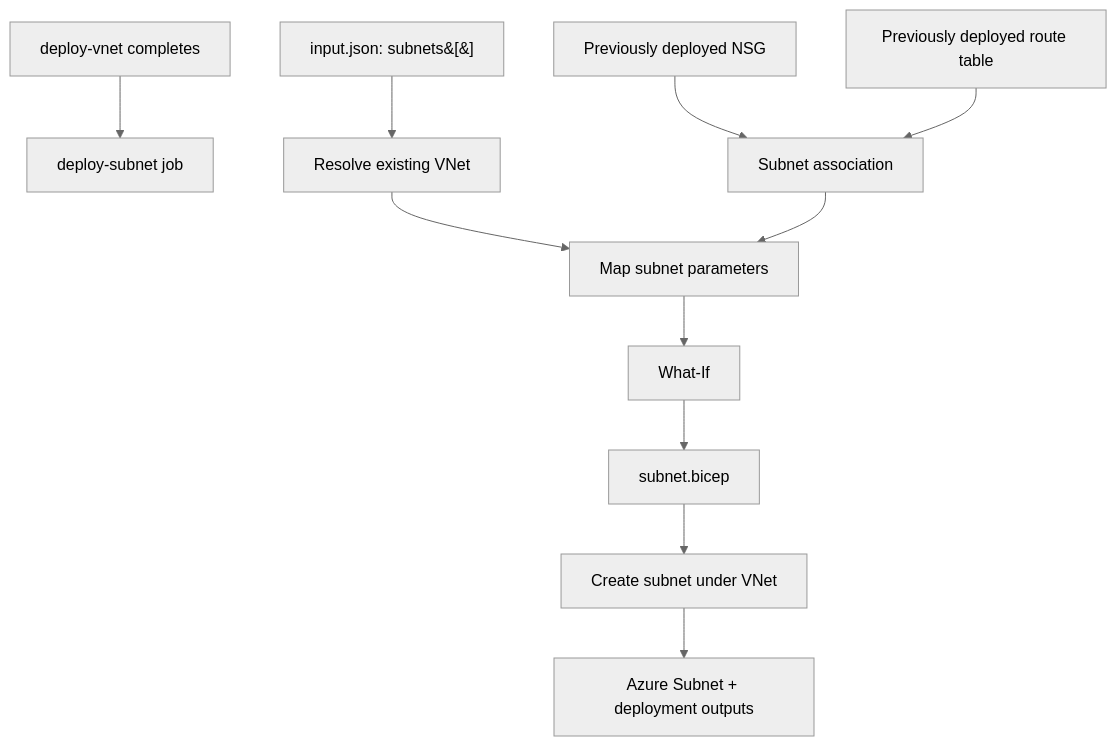
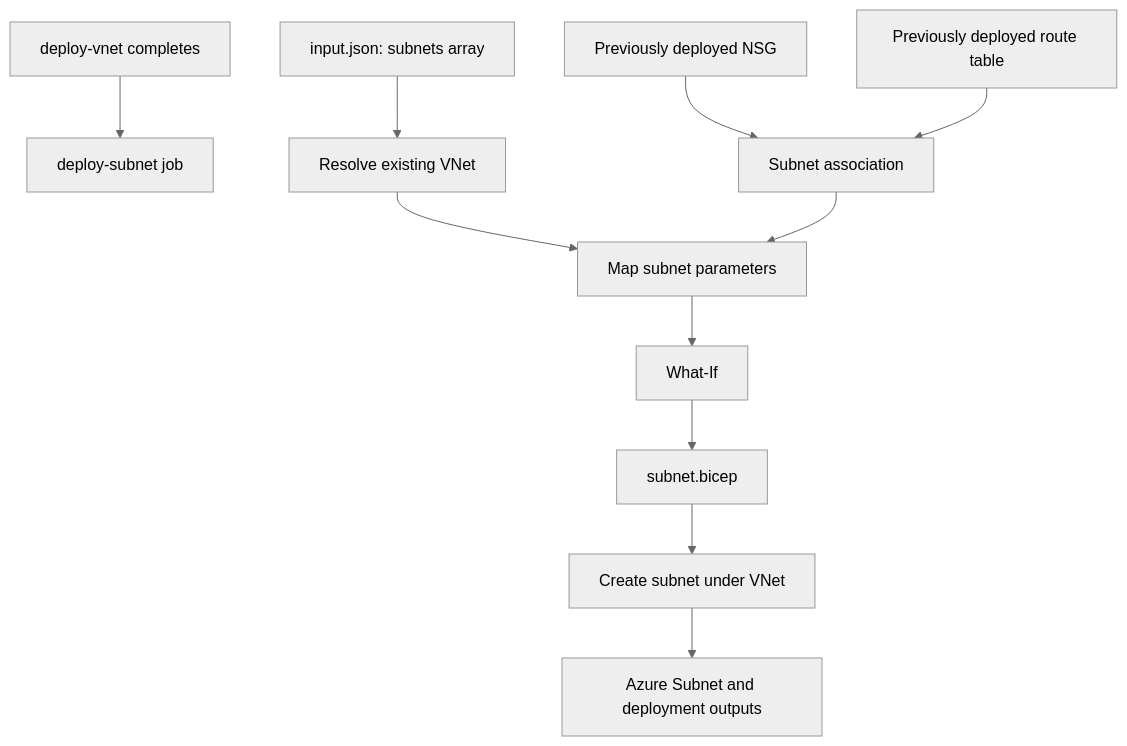
Before and after one commit to PROMETHEUS-N/BIFROST_NEW: the diagram in modules/networking/subnet.md, drawn with Mermaid (neutral theme).

Commit message:
docs: make Mermaid node labels GitHub-parser safe

````diff
--- a/modules/networking/subnet.md
+++ b/modules/networking/subnet.md
@@ -42,13 +42,13 @@
 ```mermaid
 flowchart TD
-  A[deploy-vnet completes] --> B[deploy-subnet job]
-  C[input.json: subnets&#91;&#93;] --> D[Resolve existing VNet]
-  E[Previously deployed NSG] --> F[Subnet association]
-  G[Previously deployed route table] --> F
-  D --> H[Map subnet parameters]
-  F --> H
-  H --> I[What-If]
-  I --> J[subnet.bicep]
-  J --> K[Create subnet under VNet]
-  K --> L[Azure Subnet + deployment outputs]
+ A["deploy-vnet completes"] --> B["deploy-subnet job"]
+ C["input.json: subnets array"] --> D["Resolve existing VNet"]
+ E["Previously deployed NSG"] --> F["Subnet association"]
+ G["Previously deployed route table"] --> F
+ D --> H["Map subnet parameters"]
+ F --> H
+ H --> I["What-If"]
+ I --> J["subnet.bicep"]
+ J --> K["Create subnet under VNet"]
+ K --> L["Azure Subnet and deployment outputs"]
 ```
````
